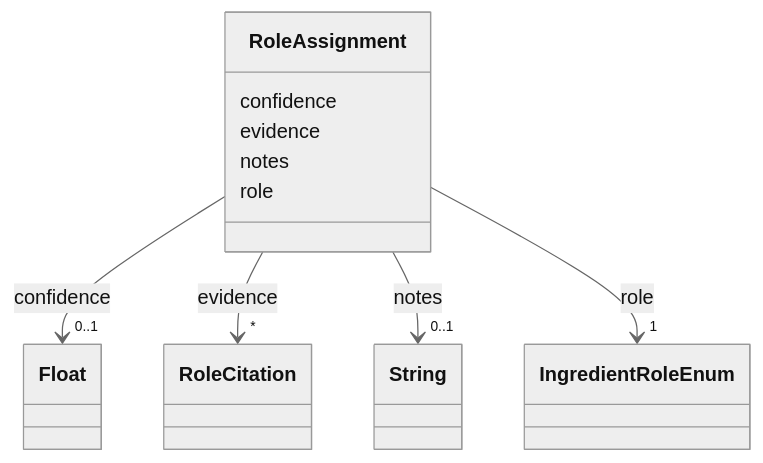
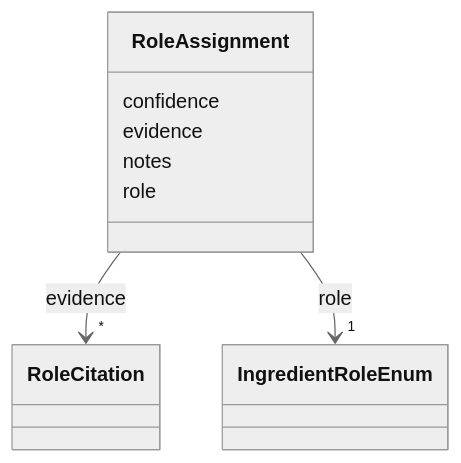
One commit to CultureBotAI/MediaIngredientMech changed the diagram in docs/RoleAssignment.md. Above: the diagram before and after it, drawn with Mermaid (neutral theme). The commit also changed other lines of this file and 70 other files, not shown here.

````diff
--- a/docs/RoleAssignment.md
+++ b/docs/RoleAssignment.md
@@ -18,50 +18,32 @@
 ```mermaid
  classDiagram
     class RoleAssignment
     click RoleAssignment href "../RoleAssignment/"
       RoleAssignment : confidence
-        
-          
-    
-        
-        
-        RoleAssignment --> "0..1" Float : confidence
-        click Float href "../http://www.w3.org/2001/XMLSchema#float/"
-    
-
         
       RoleAssignment : evidence
         
           
     
         
         
         RoleAssignment --> "*" RoleCitation : evidence
         click RoleCitation href "../RoleCitation/"
     
 
         
       RoleAssignment : notes
         
-          
-    
-        
-        
-        RoleAssignment --> "0..1" String : notes
-        click String href "../http://www.w3.org/2001/XMLSchema#string/"
-    
-
-        
       RoleAssignment : role
         
           
     
         
         
         RoleAssignment --> "1" IngredientRoleEnum : role
         click IngredientRoleEnum href "../IngredientRoleEnum/"
     
 
         
       
 ```
````
